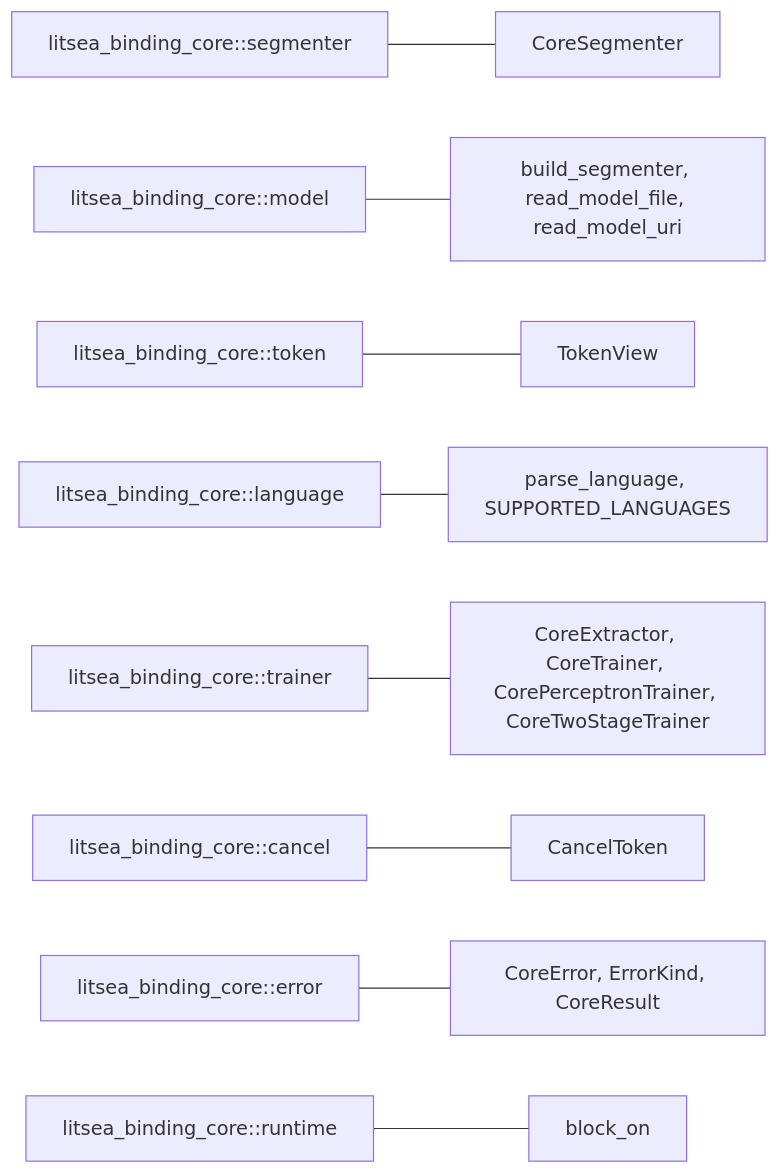
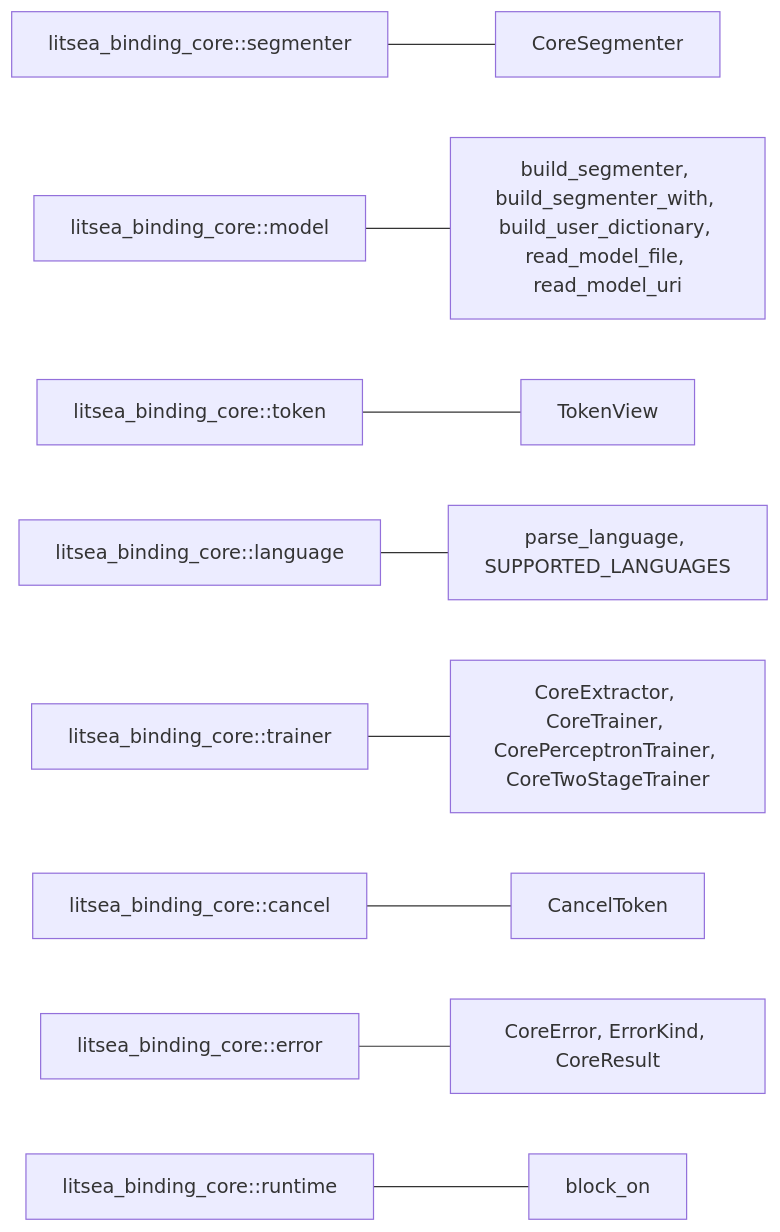
The diagram in docs/ja/src/bindings/binding-core.md (mosuka/litsea), drawn with Mermaid before and after one commit. The commit also changed other lines of this file and 21 other files, not shown here.

First line of the commit message:
feat: user dictionary that forces registered words into single tokens (core, CLI, binding-core) (#265)

````diff
--- a/docs/ja/src/bindings/binding-core.md
+++ b/docs/ja/src/bindings/binding-core.md
@@ -14,11 +14,11 @@
 ```mermaid
 graph LR
     A["litsea_binding_core::segmenter"] --- B["CoreSegmenter"]
-    C["litsea_binding_core::model"] --- D["build_segmenter, read_model_file, read_model_uri"]
+    C["litsea_binding_core::model"] --- D["build_segmenter, build_segmenter_with, build_user_dictionary, read_model_file, read_model_uri"]
     E["litsea_binding_core::token"] --- F["TokenView"]
     G["litsea_binding_core::language"] --- H["parse_language, SUPPORTED_LANGUAGES"]
     I["litsea_binding_core::trainer"] --- J["CoreExtractor, CoreTrainer, CorePerceptronTrainer, CoreTwoStageTrainer"]
     K["litsea_binding_core::cancel"] --- L["CancelToken"]
     M["litsea_binding_core::error"] --- N["CoreError, ErrorKind, CoreResult"]
     O["litsea_binding_core::runtime"] --- P["block_on"]
 ```
````
